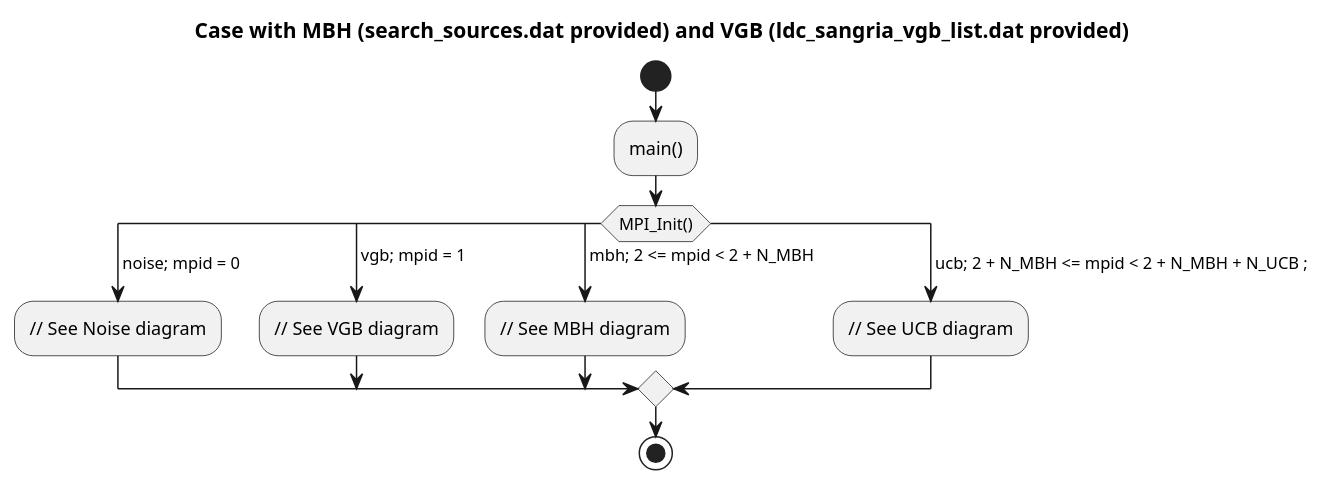
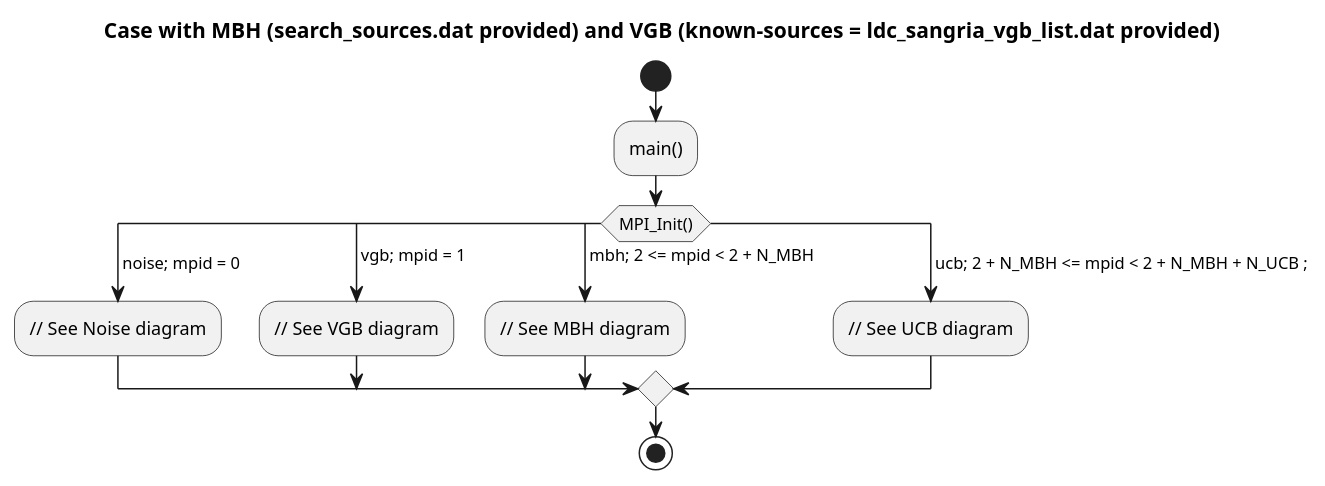
The diagram in umls/sequence/globalfit_global_vgb_mbh_ucb.puml (antoinetran/cnes-globalfit1-container-idasoft), drawn with PlantUML before and after one commit. The commit also changed 9 other files, not shown here.

Commit message:
Updated Uml seq + README added output

```diff
--- a/umls/sequence/globalfit_global_vgb_mbh_ucb.puml
+++ b/umls/sequence/globalfit_global_vgb_mbh_ucb.puml
@@ -1,23 +1,23 @@
 @startuml
-title Case with MBH (search_sources.dat provided) and VGB (ldc_sangria_vgb_list.dat provided)
+title Case with MBH (search_sources.dat provided) and VGB (known-sources = ldc_sangria_vgb_list.dat provided)
 
 start
 :main();
 
 switch (MPI_Init())
 case ( noise; mpid = 0 )
   :// See Noise diagram;
 
 case ( vgb; mpid = 1 )
   :// See VGB diagram;
 
 case ( mbh; 2 <= mpid < 2 + N_MBH )
   :// See MBH diagram;
 
 case ( ucb; 2 + N_MBH <= mpid < 2 + N_MBH + N_UCB ; )
   :// See UCB diagram;
 
 endswitch
 
 stop
 @enduml
```
